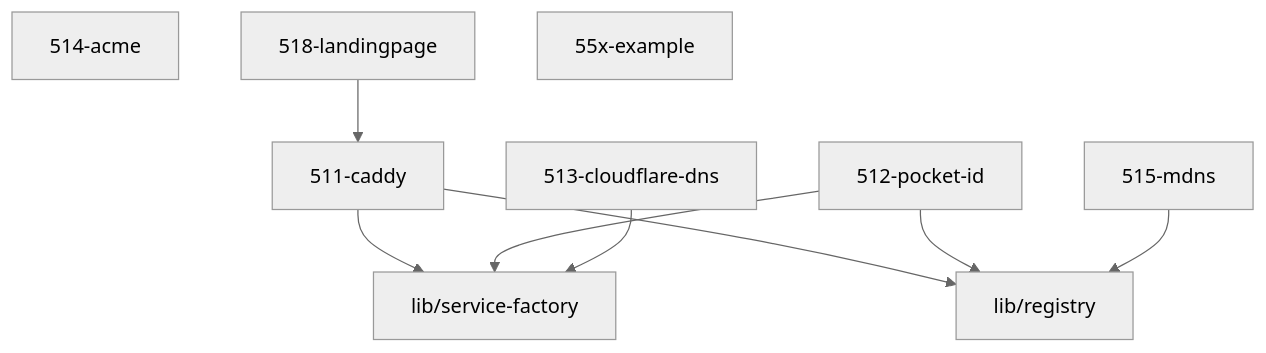
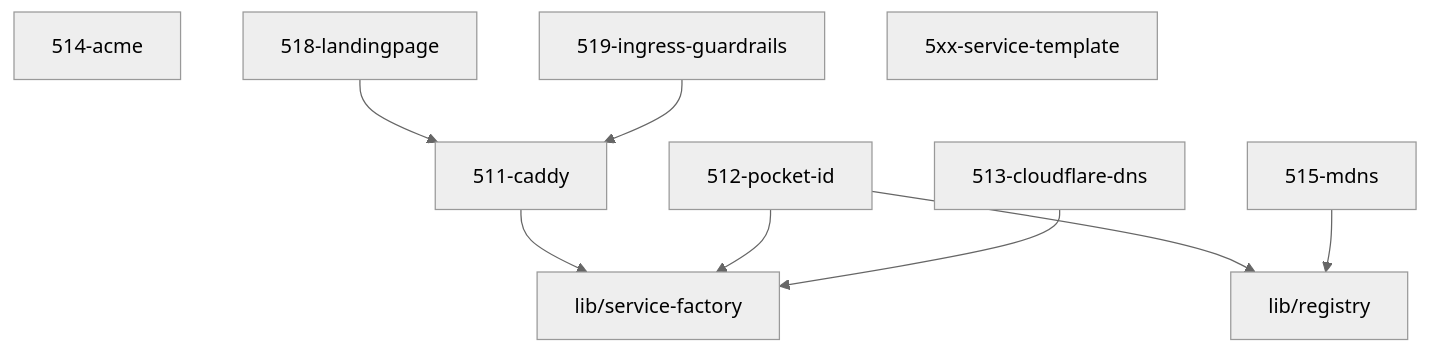
The diagram in 51-ingress/AGENTS.md (grapefruit89/mediNix-core), drawn with Mermaid (neutral theme) before and after one commit. The commit also changed other lines of this file and 23 other files, not shown here.

````diff
--- a/51-ingress/AGENTS.md
+++ b/51-ingress/AGENTS.md
@@ -56,12 +58,12 @@
 ```mermaid
 graph TD
   511_caddy["511-caddy"] --> service_factory["lib/service-factory"]
-  511_caddy["511-caddy"] --> registry["lib/registry"]
   512_pocket_id["512-pocket-id"] --> service_factory["lib/service-factory"]
   512_pocket_id["512-pocket-id"] --> registry["lib/registry"]
   513_cloudflare_dns["513-cloudflare-dns"] --> service_factory["lib/service-factory"]
   514_acme["514-acme"]
   515_mdns["515-mdns"] --> registry["lib/registry"]
   518_landingpage["518-landingpage"] --> 511_caddy["511-caddy"]
-  55x_example["55x-example"]
+  519_ingress_guardrails["519-ingress-guardrails"] --> 511_caddy["511-caddy"]
+  5xx_service_template["5xx-service-template"]
 ```
````
